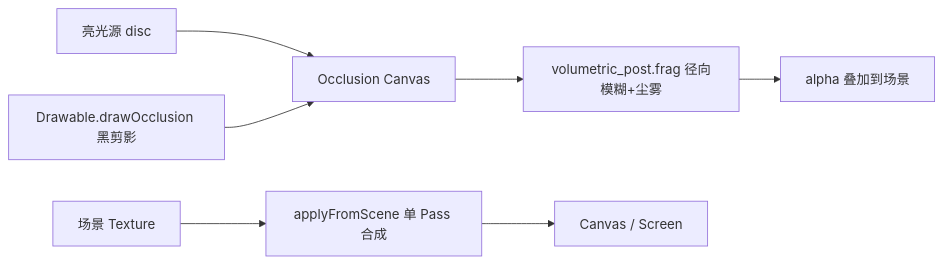
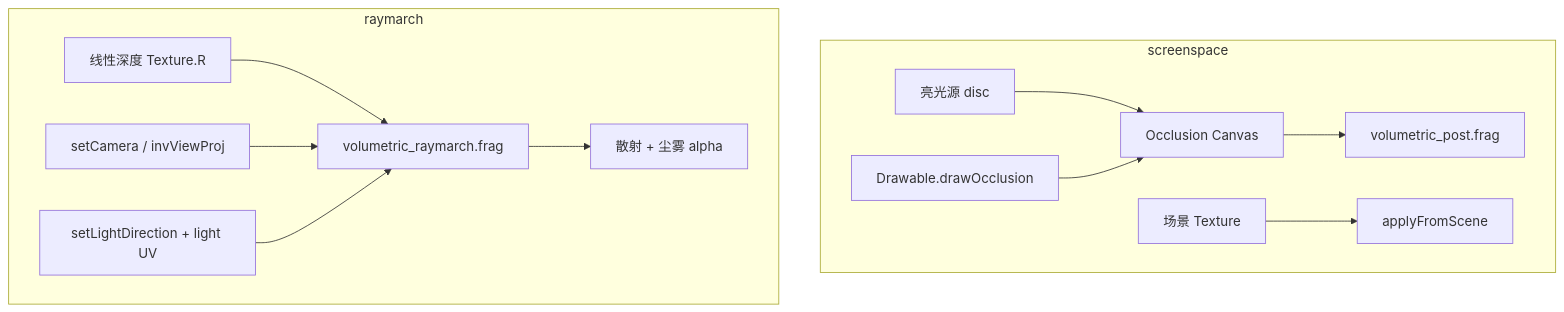
The diagram in docs/体积光模块设计.md (EVEngine/EVEngine), drawn with Mermaid before and after one commit. The commit also changed other lines of this file and 9 other files, not shown here.

First line of the commit message:
feat(graphics): 体积光 Ray March 二期 + 扩展测试

````diff
--- a/docs/体积光模块设计.md
+++ b/docs/体积光模块设计.md
@@ -27,9 +30,15 @@
 ```mermaid
-flowchart LR
-  Light["亮光源 disc"] --> Occ["Occlusion Canvas"]
-  Draw["Drawable.drawOcclusion 黑剪影"] --> Occ
-  Occ --> Scatter["volumetric_post.frag 径向模糊+尘雾"]
-  Scene["场景 Texture"] --> Apply["applyFromScene 单 Pass 合成"]
-  Scatter --> Overlay["alpha 叠加到场景"]
-  Apply --> Out["Canvas / Screen"]
+flowchart TB
+  subgraph ss [screenspace]
+    Light["亮光源 disc"] --> Occ["Occlusion Canvas"]
+    Draw["Drawable.drawOcclusion"] --> Occ
+    Occ --> Scatter["volumetric_post.frag"]
+    Scene["场景 Texture"] --> Apply["applyFromScene"]
+  end
+  subgraph rm [raymarch]
+    Depth["线性深度 Texture.R"] --> March["volumetric_raymarch.frag"]
+    Cam["setCamera / invViewProj"] --> March
+    LDir["setLightDirection + light UV"] --> March
+    March --> Shafts["散射 + 尘雾 alpha"]
+  end
 ```
````
